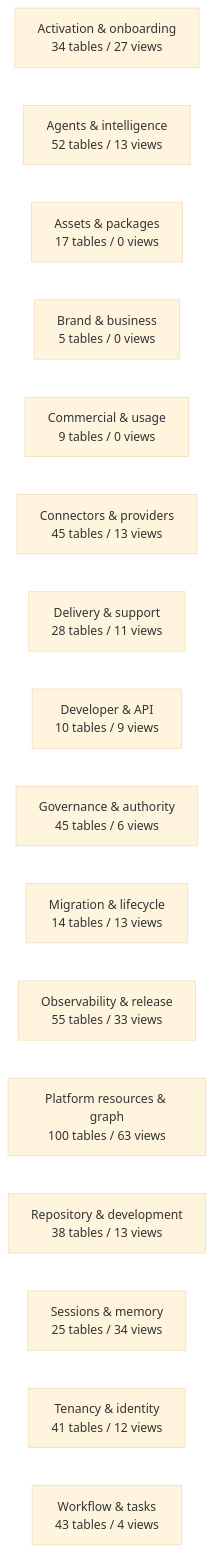
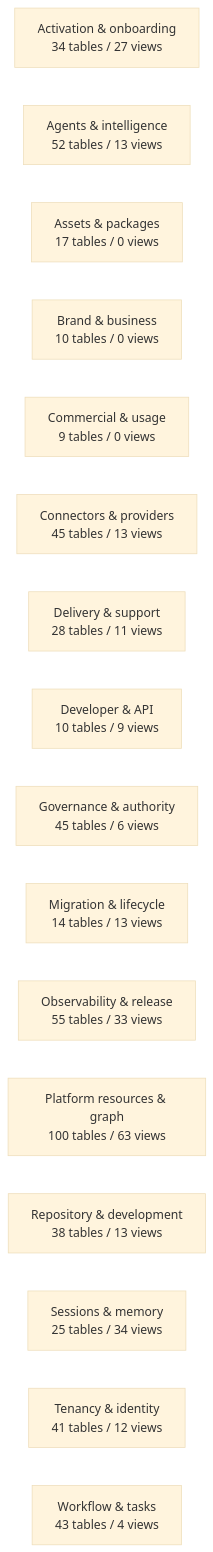
Before and after one commit to mad4bdigital-ai/multi-business-multi-role-growth-intelligence-os: the diagram in docs/work-maps/data-model-domain-map.md, drawn with Mermaid (base theme). The commit also changed other lines of this file and 7 other files, not shown here.

````diff
--- a/docs/work-maps/data-model-domain-map.md
+++ b/docs/work-maps/data-model-domain-map.md
@@ -9,19 +9,19 @@
 ```mermaid
 flowchart LR
   n_Activation___onboarding["Activation & onboarding<br/>34 tables / 27 views"]
   n_Agents___intelligence["Agents & intelligence<br/>52 tables / 13 views"]
   n_Assets___packages["Assets & packages<br/>17 tables / 0 views"]
-  n_Brand___business["Brand & business<br/>5 tables / 0 views"]
+  n_Brand___business["Brand & business<br/>10 tables / 0 views"]
   n_Commercial___usage["Commercial & usage<br/>9 tables / 0 views"]
   n_Connectors___providers["Connectors & providers<br/>45 tables / 13 views"]
   n_Delivery___support["Delivery & support<br/>28 tables / 11 views"]
   n_Developer___API["Developer & API<br/>10 tables / 9 views"]
   n_Governance___authority["Governance & authority<br/>45 tables / 6 views"]
   n_Migration___lifecycle["Migration & lifecycle<br/>14 tables / 13 views"]
   n_Observability___release["Observability & release<br/>55 tables / 33 views"]
   n_Platform_resources___graph["Platform resources & graph<br/>100 tables / 63 views"]
   n_Repository___development["Repository & development<br/>38 tables / 13 views"]
   n_Sessions___memory["Sessions & memory<br/>25 tables / 34 views"]
   n_Tenancy___identity["Tenancy & identity<br/>41 tables / 12 views"]
   n_Workflow___tasks["Workflow & tasks<br/>43 tables / 4 views"]
 ```
````
